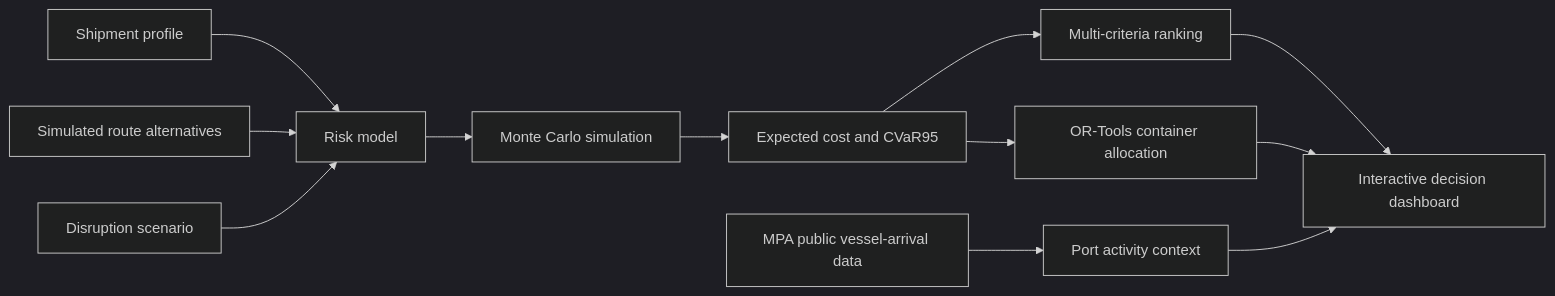
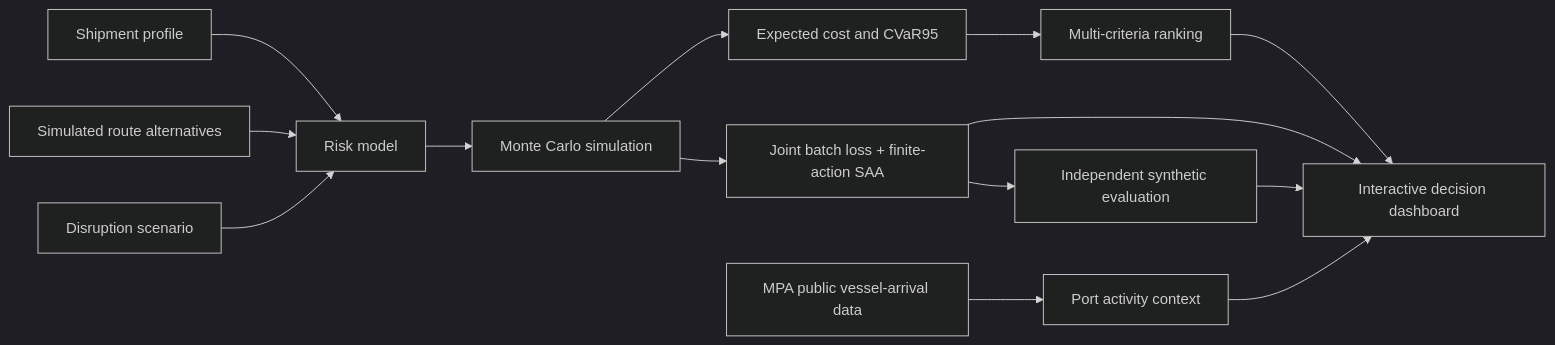
One commit to sitora77/harborshield changed the diagram in README.md. Above: the diagram before and after it, drawn with Mermaid (dark theme). The commit also changed other lines of this file and 20 other files, not shown here.

Commit message:
Add joint batch risk and reproducible held-out experiments

````diff
--- a/README.md
+++ b/README.md
@@ -16,14 +21,16 @@
 ```mermaid
 flowchart LR
     A[Shipment profile] --> D[Risk model]
     B[Simulated route alternatives] --> D
     C[Disruption scenario] --> D
     D --> E[Monte Carlo simulation]
     E --> F[Expected cost and CVaR95]
     F --> G[Multi-criteria ranking]
-    F --> H[OR-Tools container allocation]
+    E --> H[Joint batch loss + finite-action SAA]
+    H --> L[Independent synthetic evaluation]
     I[MPA public vessel-arrival data] --> J[Port activity context]
     G --> K[Interactive decision dashboard]
     H --> K
+    L --> K
     J --> K
 ```
````
